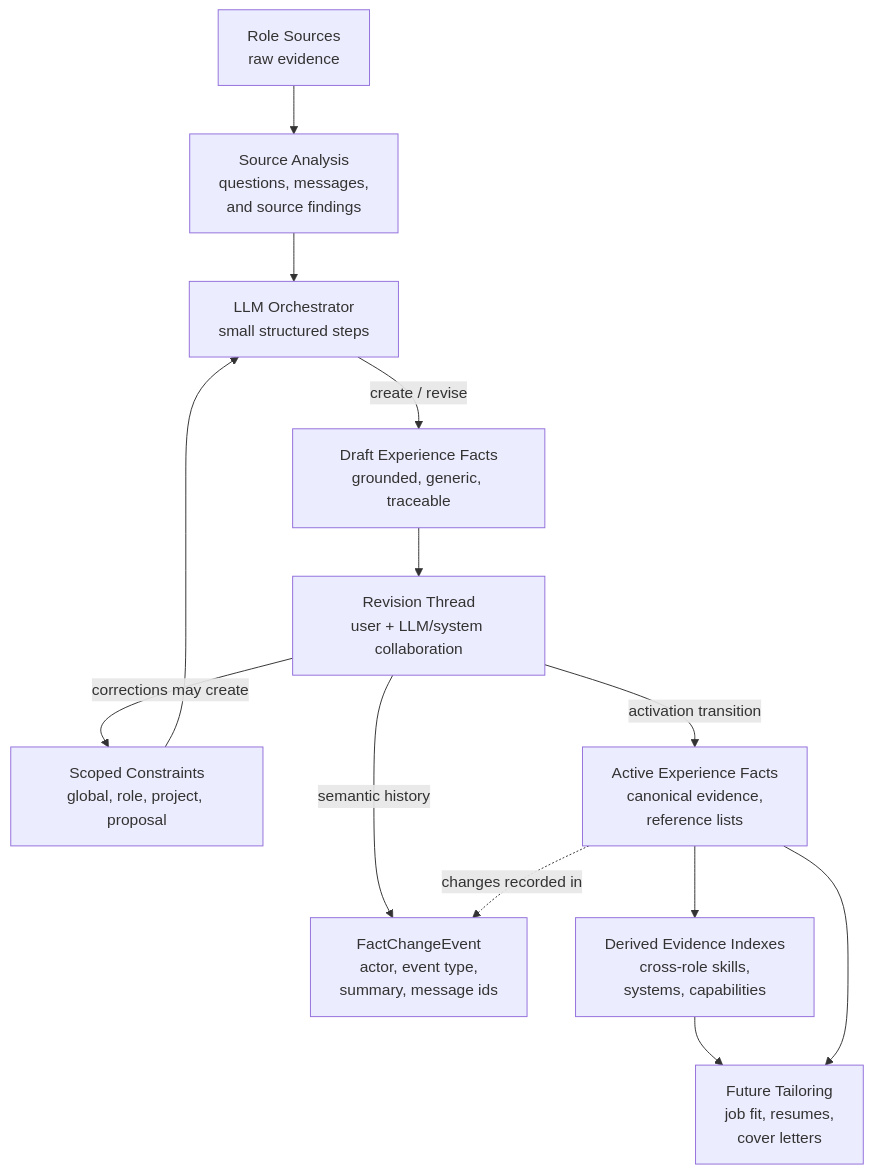
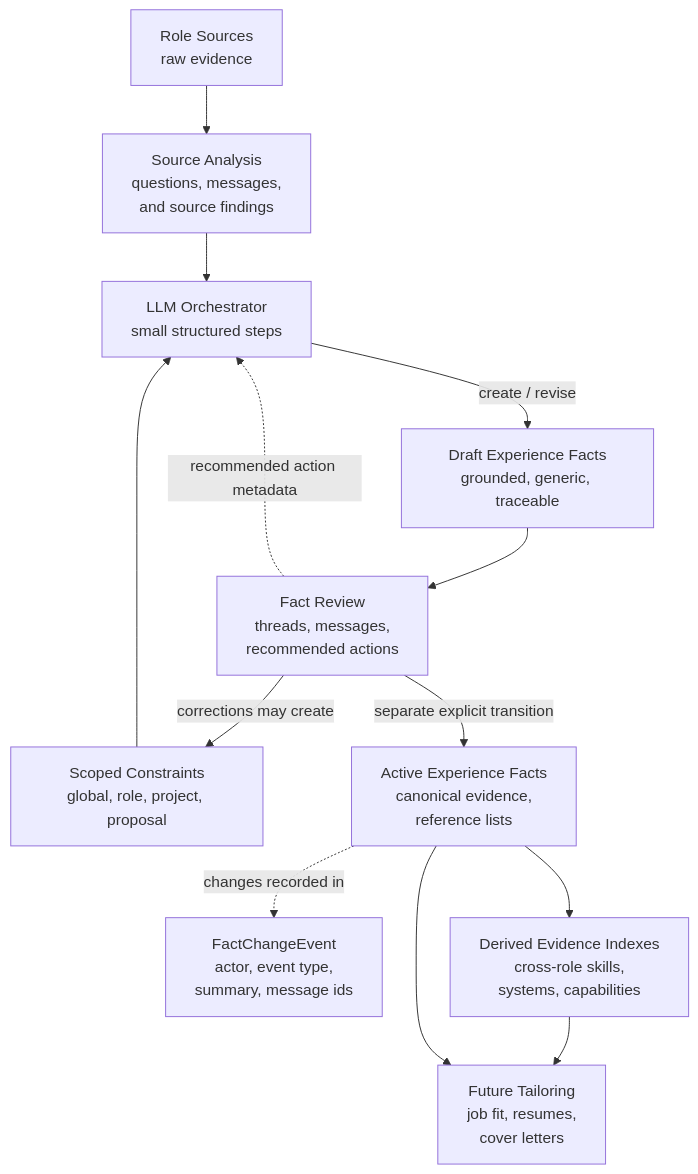
The sixth of 8 diagrams in docs/diagrams.md (rsauers0/career-agent), drawn with Mermaid before and after one commit. The commit also changed other lines of this file and 17 other files, not shown here.

First line of the commit message:
feat: add fact review workflow artifacts

````diff
--- a/docs/diagrams.md
+++ b/docs/diagrams.md
@@ -161,26 +164,26 @@
 ```mermaid
 flowchart TD
     RawSources["Role Sources<br/>raw evidence"]
     Analysis["Source Analysis<br/>questions, messages,<br/>and source findings"]
     Orchestrator["LLM Orchestrator<br/>small structured steps"]
     Constraints["Scoped Constraints<br/>global, role, project, proposal"]
     DraftFacts["Draft Experience Facts<br/>grounded, generic, traceable"]
-    Revision["Revision Thread<br/>user + LLM/system collaboration"]
+    Review["Fact Review<br/>threads, messages,<br/>recommended actions"]
     Events["FactChangeEvent<br/>actor, event type,<br/>summary, message ids"]
     ActiveFacts["Active Experience Facts<br/>canonical evidence,<br/>reference lists"]
     Derived["Derived Evidence Indexes<br/>cross-role skills,<br/>systems, capabilities"]
     Tailoring["Future Tailoring<br/>job fit, resumes,<br/>cover letters"]
 
     RawSources --> Analysis
     Analysis --> Orchestrator
     Constraints --> Orchestrator
     Orchestrator -->|"create / revise"| DraftFacts
-    DraftFacts --> Revision
-    Revision -->|"corrections may create"| Constraints
-    Revision -->|"semantic history"| Events
-    Revision -->|"activation transition"| ActiveFacts
+    DraftFacts --> Review
+    Review -->|"corrections may create"| Constraints
+    Review -. "recommended action metadata" .-> Orchestrator
+    Review -->|"separate explicit transition"| ActiveFacts
     ActiveFacts -. "changes recorded in" .-> Events
     ActiveFacts --> Derived
     Derived --> Tailoring
     ActiveFacts --> Tailoring
 ```
````
